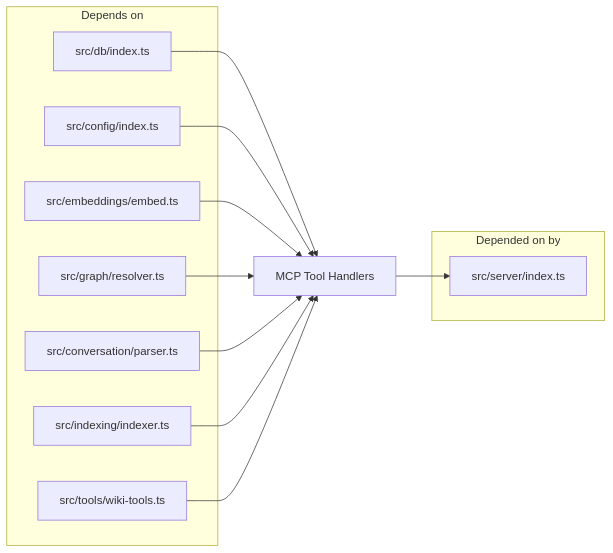
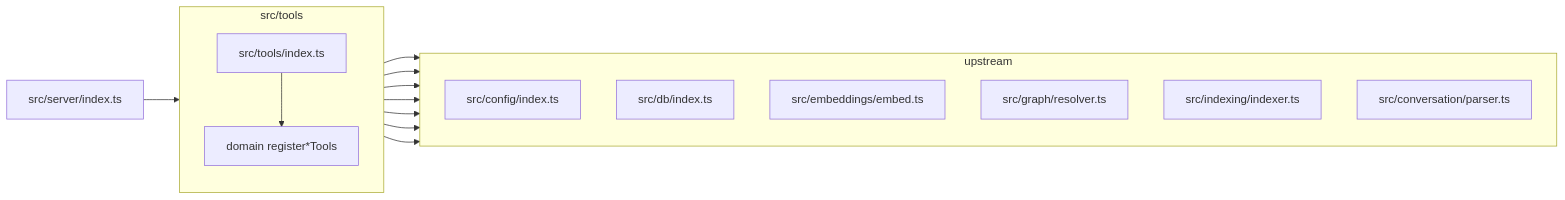
Before and after one commit to TheWinci/mimirs: the second of 2 diagrams in wiki/communities/mcp-tools.md, drawn with Mermaid. The commit also changed other lines of this file and 36 other files, not shown here.

````diff
--- a/wiki/communities/mcp-tools.md
+++ b/wiki/communities/mcp-tools.md
@@ -86,24 +87,28 @@
 ```mermaid
 flowchart LR
-  subgraph Upstream["Depends on"]
-    db["src/db/index.ts"]
-    config["src/config/index.ts"]
-    embed["src/embeddings/embed.ts"]
-    resolver["src/graph/resolver.ts"]
-    conv["src/conversation/parser.ts"]
-    indexing["src/indexing/indexer.ts"]
-    wikiTools["src/tools/wiki-tools.ts"]
-  end
-  mcpTools["MCP Tool Handlers"]
-  subgraph Downstream["Depended on by"]
-    srv["src/server/index.ts"]
-  end
-  db --> mcpTools
-  config --> mcpTools
-  embed --> mcpTools
-  resolver --> mcpTools
-  conv --> mcpTools
-  indexing --> mcpTools
-  wikiTools --> mcpTools
-  mcpTools --> srv
+    subgraph subToolsModule["src/tools"]
+        direction TB
+        coordinator["src/tools/index.ts"]
+        domainTools["domain register*Tools"]
+    end
+
+    subgraph subDeps["upstream"]
+        direction TB
+        cfg["src/config/index.ts"]
+        ragdb["src/db/index.ts"]
+        embed["src/embeddings/embed.ts"]
+        graphResolver["src/graph/resolver.ts"]
+        indexer["src/indexing/indexer.ts"]
+        parser["src/conversation/parser.ts"]
+    end
+
+    serverIndex["src/server/index.ts"] --> coordinator
+    coordinator --> domainTools
+    coordinator --> cfg
+    coordinator --> ragdb
+    domainTools --> ragdb
+    domainTools --> embed
+    domainTools --> graphResolver
+    domainTools --> indexer
+    domainTools --> parser
 ```
````
